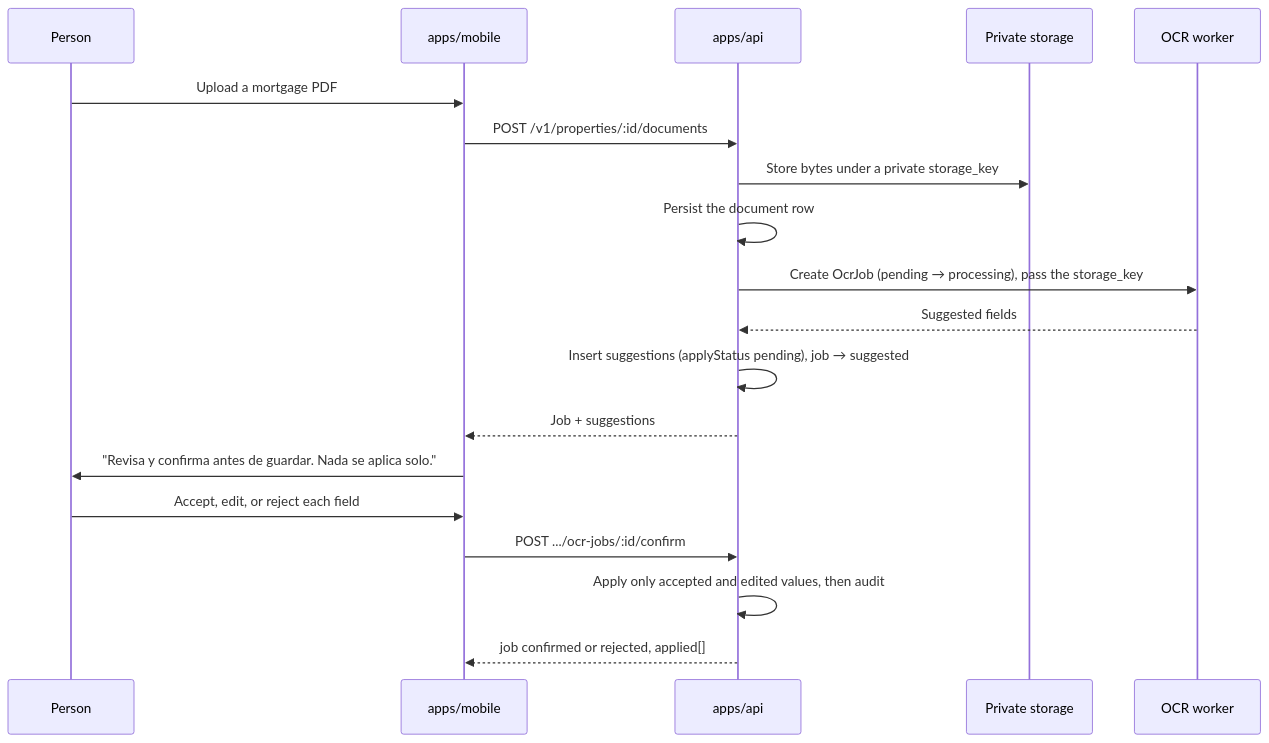
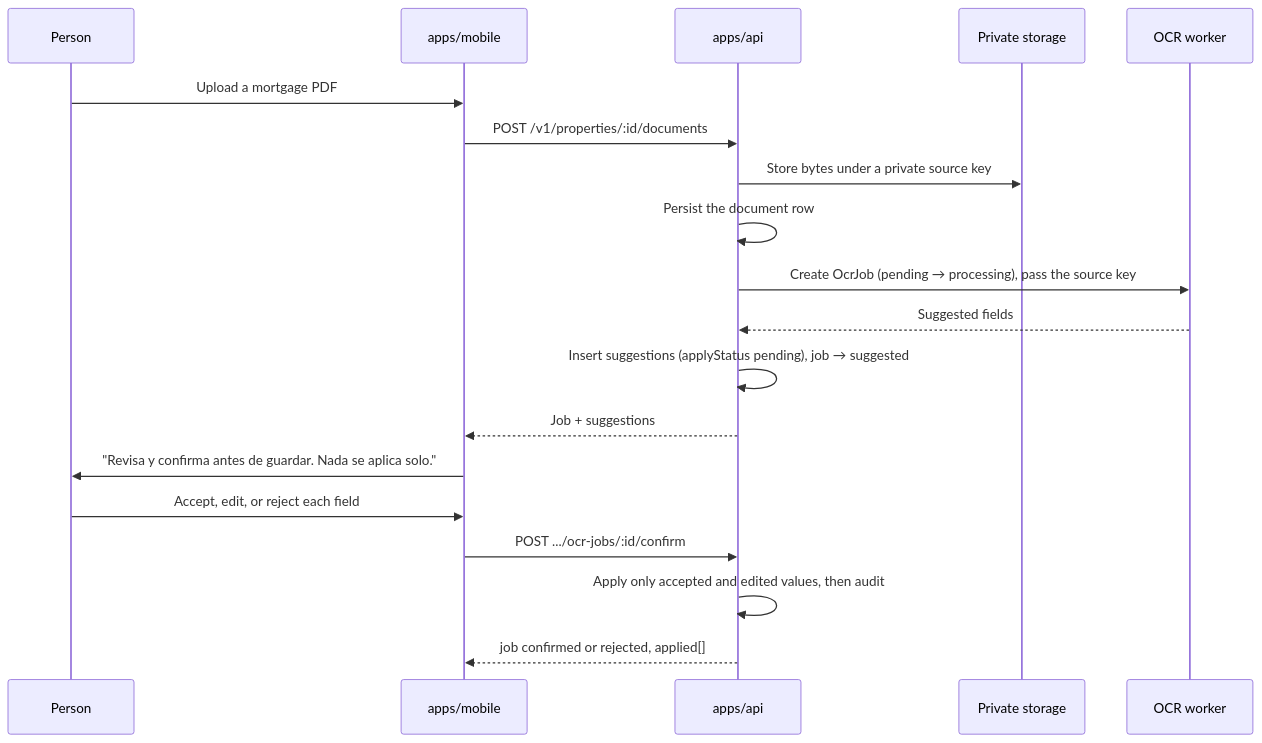
One commit to VahagnCh/property-control changed the third of 3 diagrams in docs/ARCHITECTURE.md. Above: the diagram before and after it, drawn with Mermaid. The commit also changed other lines of this file and 71 other files, not shown here.

````diff
--- a/docs/ARCHITECTURE.md
+++ b/docs/ARCHITECTURE.md
@@ -103,22 +103,22 @@
 ```mermaid
 sequenceDiagram
   participant U as Person
   participant M as apps/mobile
   participant A as apps/api
   participant S as Private storage
   participant W as OCR worker
 
   U->>M: Upload a mortgage PDF
   M->>A: POST /v1/properties/:id/documents
-  A->>S: Store bytes under a private storage_key
+  A->>S: Store bytes under a private source key
   A->>A: Persist the document row
-  A->>W: Create OcrJob (pending → processing), pass the storage_key
+  A->>W: Create OcrJob (pending → processing), pass the source key
   W-->>A: Suggested fields
   A->>A: Insert suggestions (applyStatus pending), job → suggested
   A-->>M: Job + suggestions
   M->>U: "Revisa y confirma antes de guardar. Nada se aplica solo."
   U->>M: Accept, edit, or reject each field
   M->>A: POST .../ocr-jobs/:id/confirm
   A->>A: Apply only accepted and edited values, then audit
   A-->>M: job confirmed or rejected, applied[]
 ```
````
